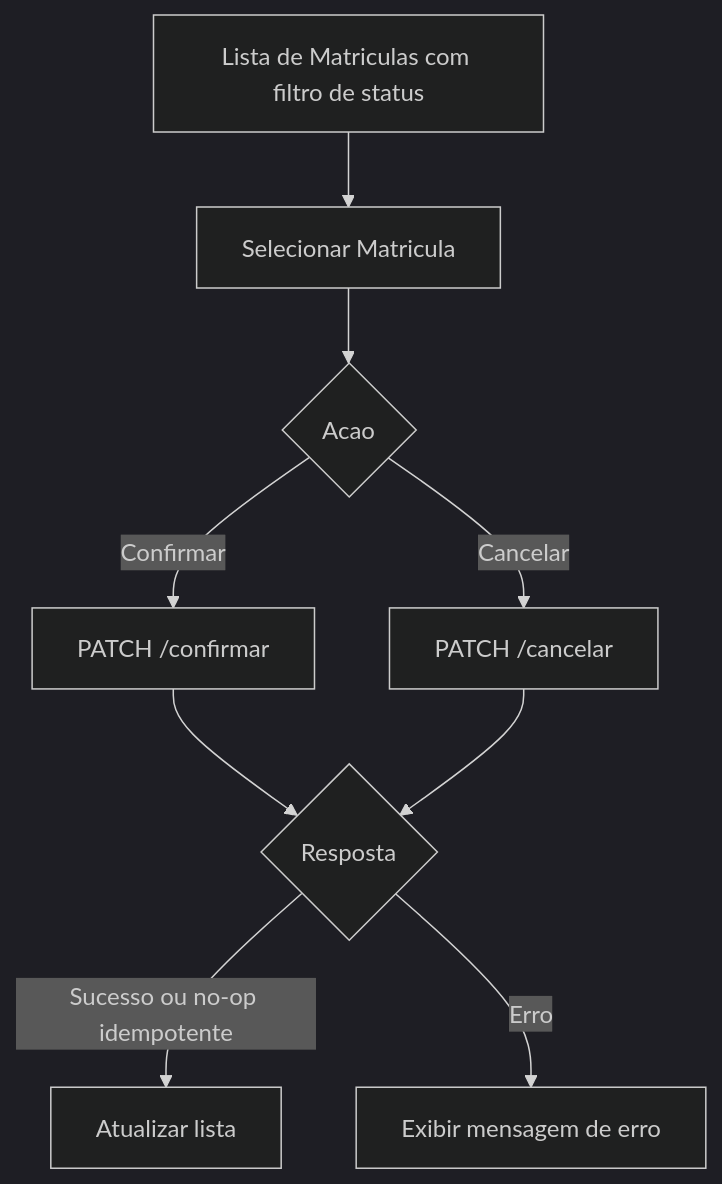
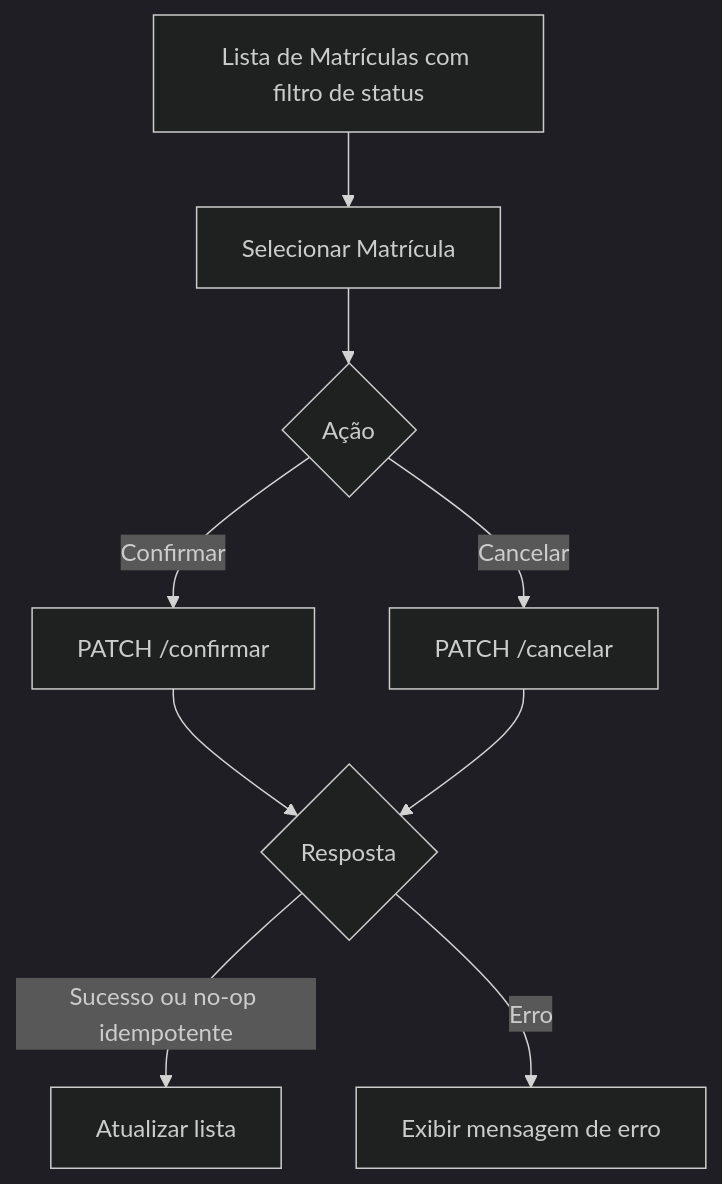
Before and after one commit to bruno-cabral/matricula-online: the second of 2 diagrams in docs/04-requisitos-frontend.md, drawn with Mermaid (dark theme). The commit also changed other lines of this file and 56 other files, not shown here.

````diff
--- a/docs/04-requisitos-frontend.md
+++ b/docs/04-requisitos-frontend.md
@@ -106,11 +106,11 @@
 ```mermaid
 flowchart TD
-    A[Lista de Matriculas com filtro de status] --> B[Selecionar Matricula]
-    B --> C{Acao}
+    A[Lista de Matrículas com filtro de status] --> B[Selecionar Matrícula]
+    B --> C{Ação}
     C -->|Confirmar| D[PATCH /confirmar]
     C -->|Cancelar| E[PATCH /cancelar]
     D --> F{Resposta}
     E --> F
     F -->|Sucesso ou no-op idempotente| G[Atualizar lista]
     F -->|Erro| H[Exibir mensagem de erro]
 ```
````
